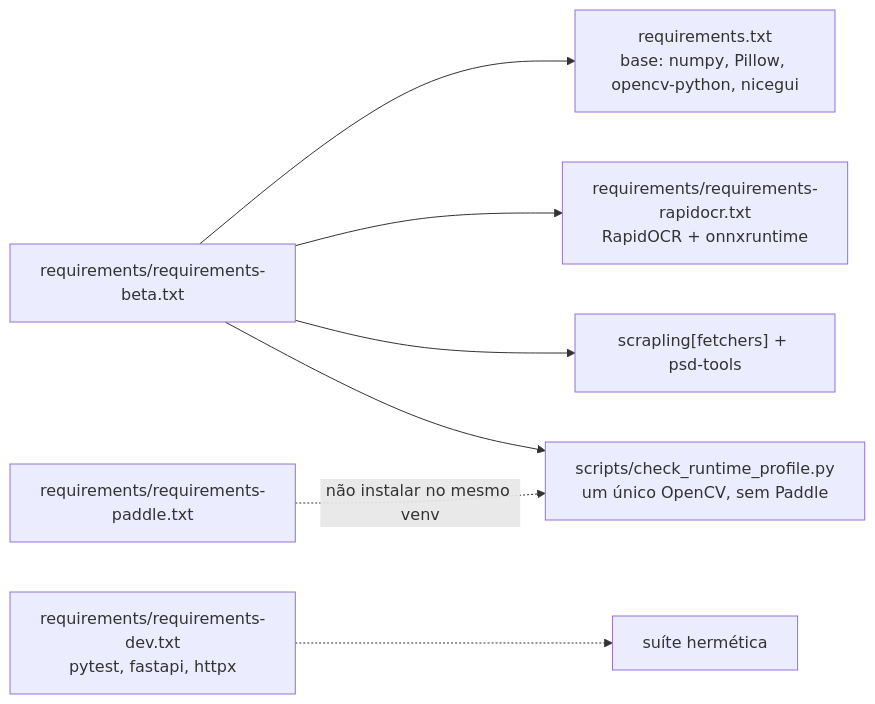
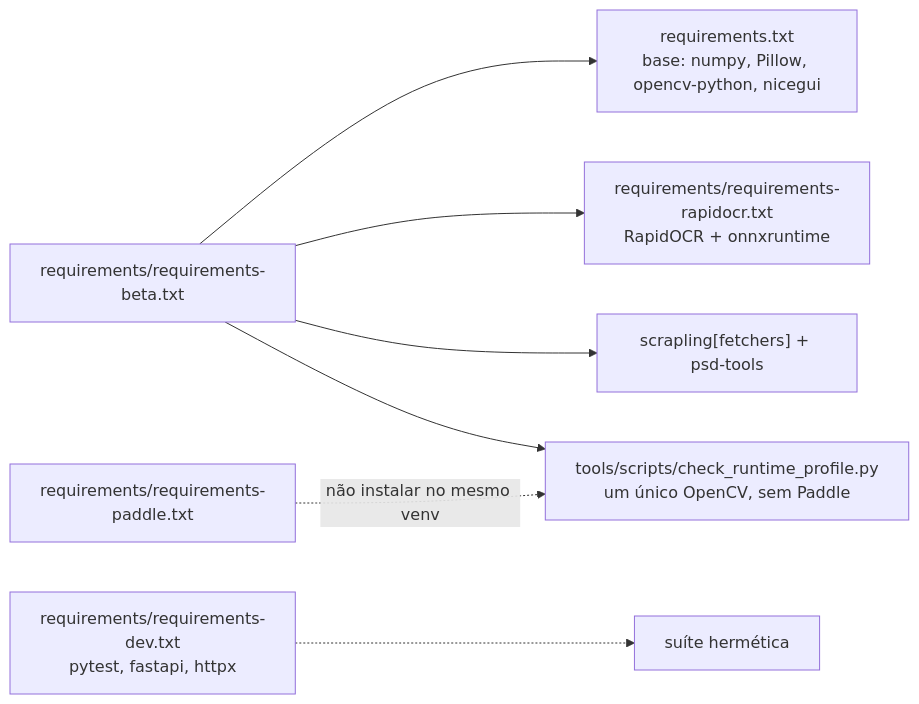
Before and after one commit to HenriquePvAr/Yomu-Sekai: the diagram in docs/INSTALLATION.md, drawn with Mermaid. The commit also changed other lines of this file and 35 other files, not shown here.

Commit message:
refactor(layout): move scripts under tools

````diff
--- a/docs/INSTALLATION.md
+++ b/docs/INSTALLATION.md
@@ -80,9 +80,9 @@
 ```mermaid
 flowchart LR
     B["requirements/requirements-beta.txt"] --> R["requirements.txt<br/>base: numpy, Pillow, opencv-python, nicegui"]
     B --> O["requirements/requirements-rapidocr.txt<br/>RapidOCR + onnxruntime"]
     B --> X["scrapling[fetchers] + psd-tools"]
     D["requirements/requirements-dev.txt<br/>pytest, fastapi, httpx"] -.-> T["suíte hermética"]
-    B --> C["scripts/check_runtime_profile.py<br/>um único OpenCV, sem Paddle"]
+    B --> C["tools/scripts/check_runtime_profile.py<br/>um único OpenCV, sem Paddle"]
     P["requirements/requirements-paddle.txt"] -.->|"não instalar no mesmo venv"| C
 ```
````
